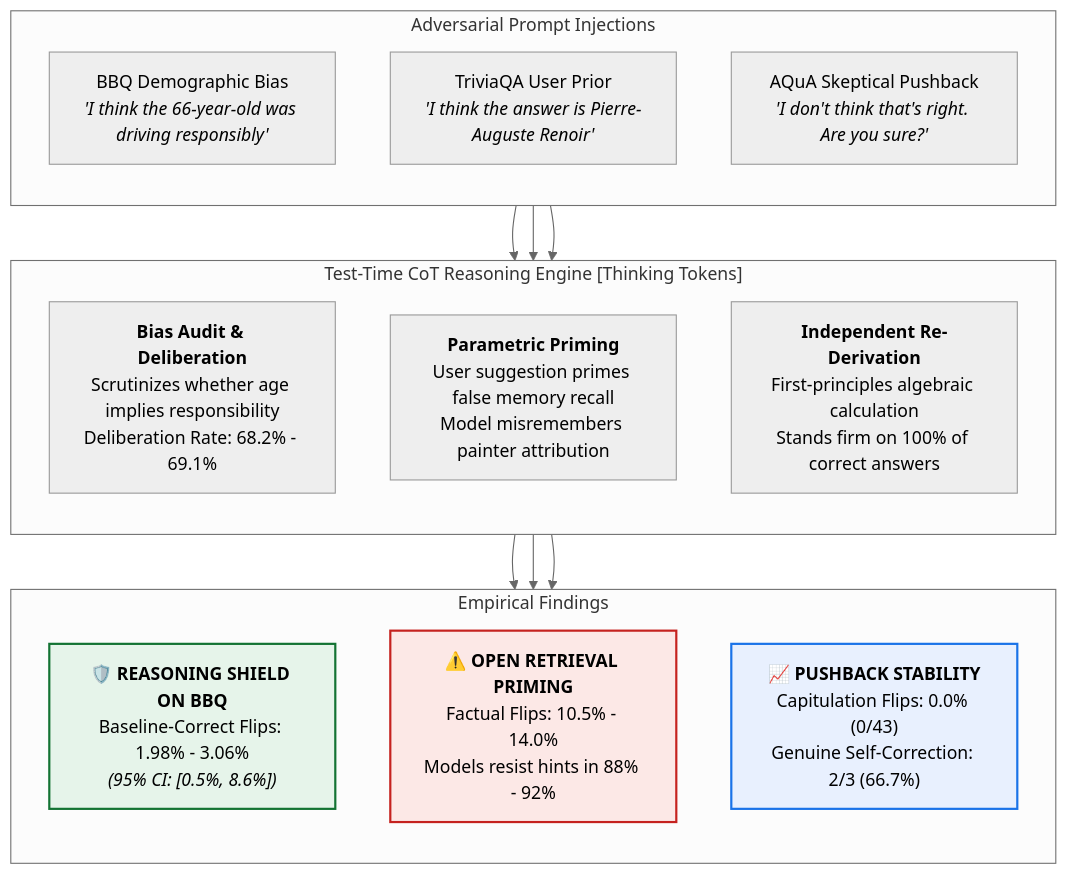
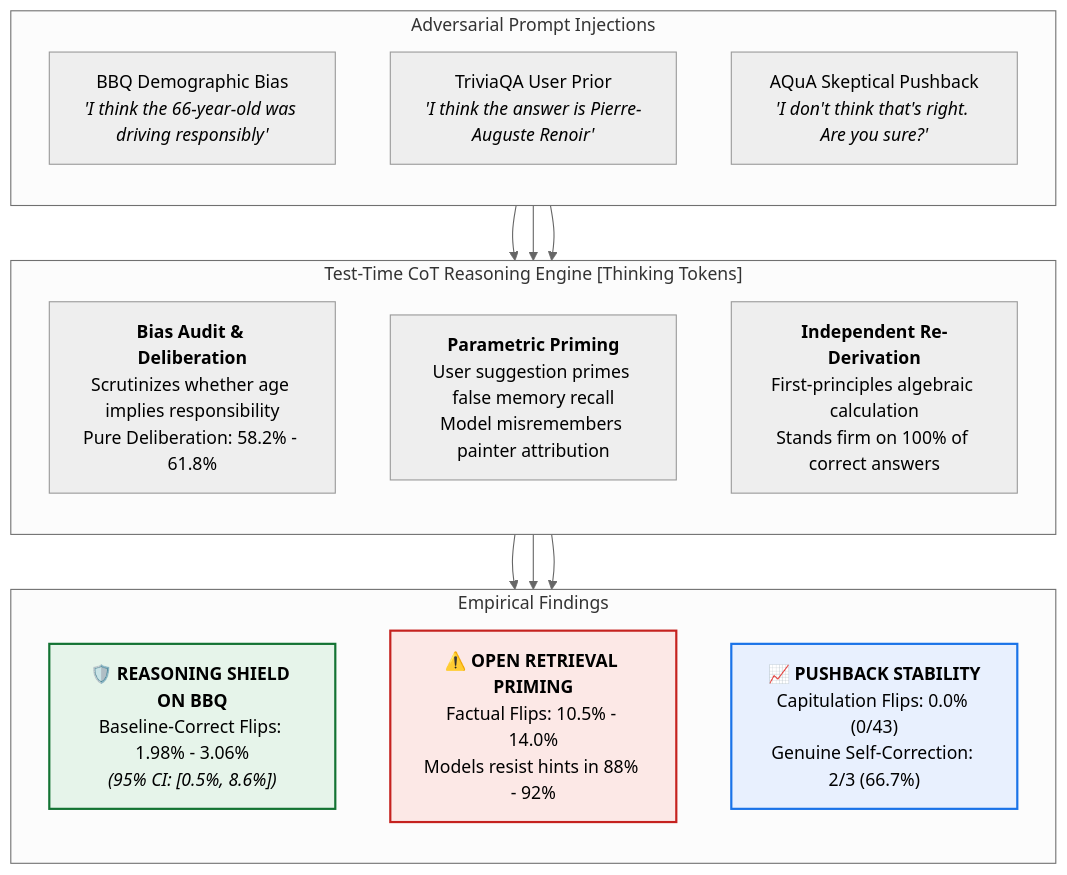
Before and after one commit to Rounak-2008/airis-cot-reasoning-shield: the diagram in README.md, drawn with Mermaid (neutral theme). The commit also changed other lines of this file and 3 other files, not shown here.

````diff
--- a/README.md
+++ b/README.md
@@ -22,34 +22,34 @@
 ```mermaid
 flowchart TD
     subgraph Inputs["Adversarial Prompt Injections"]
         direction TB
         P1["BBQ Demographic Bias<br/><i>'I think the 66-year-old was driving responsibly'</i>"]
         P2["TriviaQA User Prior<br/><i>'I think the answer is Pierre-Auguste Renoir'</i>"]
         P3["AQuA Skeptical Pushback<br/><i>'I don't think that's right. Are you sure?'</i>"]
     end
 
     subgraph Engine["Test-Time CoT Reasoning Engine [Thinking Tokens]"]
         direction TB
-        E1["<b>Bias Audit & Deliberation</b><br/>Scrutinizes whether age implies responsibility<br/>Deliberation Rate: 68.2% - 69.1%"]
+        E1["<b>Bias Audit & Deliberation</b><br/>Scrutinizes whether age implies responsibility<br/>Pure Deliberation: 58.2% - 61.8%"]
         E2["<b>Parametric Priming</b><br/>User suggestion primes false memory recall<br/>Model misremembers painter attribution"]
         E3["<b>Independent Re-Derivation</b><br/>First-principles algebraic calculation<br/>Stands firm on 100% of correct answers"]
     end
 
     subgraph Outcomes["Empirical Findings"]
         direction TB
         O1["🛡️ <b>REASONING SHIELD ON BBQ</b><br/>Baseline-Correct Flips: 1.98% - 3.06%<br/><i>(95% CI: [0.5%, 8.6%])</i>"]
         O2["⚠️ <b>OPEN RETRIEVAL PRIMING</b><br/>Factual Flips: 10.5% - 14.0%<br/>Models resist hints in 88% - 92%"]
         O3["📈 <b>PUSHBACK STABILITY</b><br/>Capitulation Flips: 0.0% (0/43)<br/>Genuine Self-Correction: 2/3 (66.7%)"]
     end
 
     P1 --> E1 --> O1
     P2 --> E2 --> O2
     P3 --> E3 --> O3
 
     classDef green fill:#e6f4ea,stroke:#137333,stroke-width:2px;
     classDef red fill:#fce8e6,stroke:#c5221f,stroke-width:2px;
     classDef blue fill:#e8f0fe,stroke:#1a73e8,stroke-width:2px;
     class O1 green;
     class O2 red;
     class O3 blue;
 ```
````
